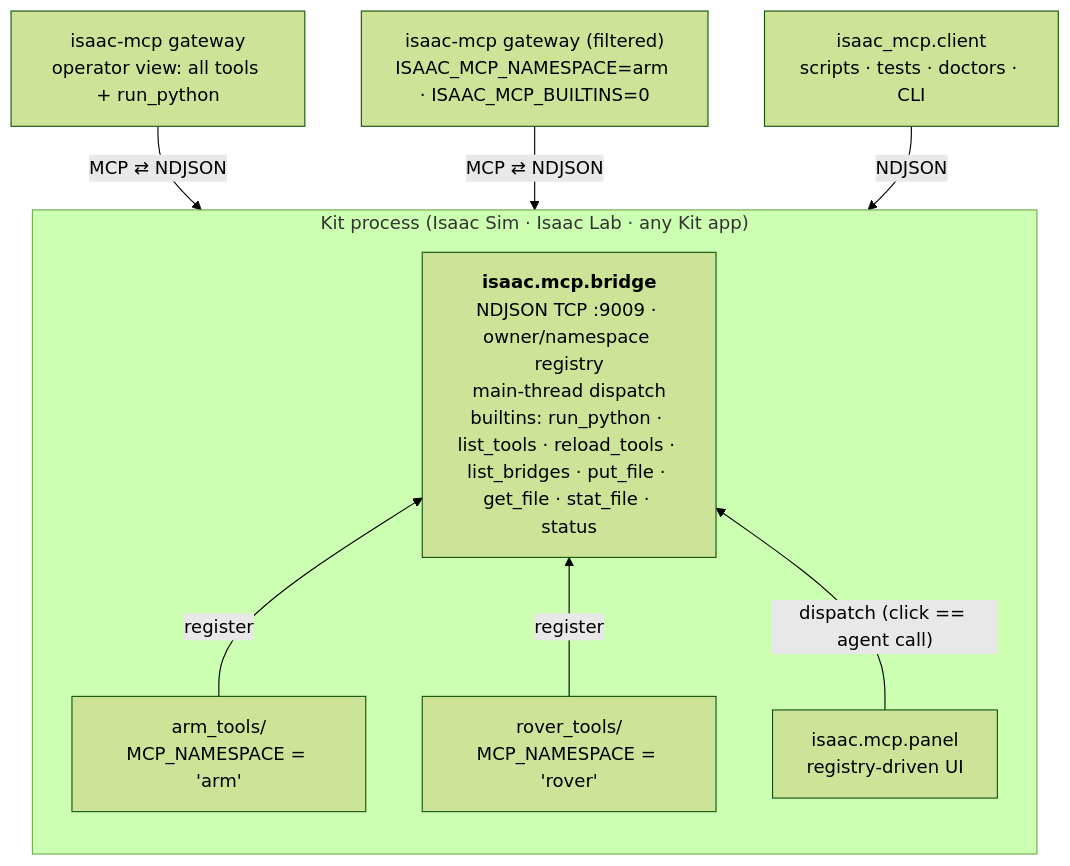
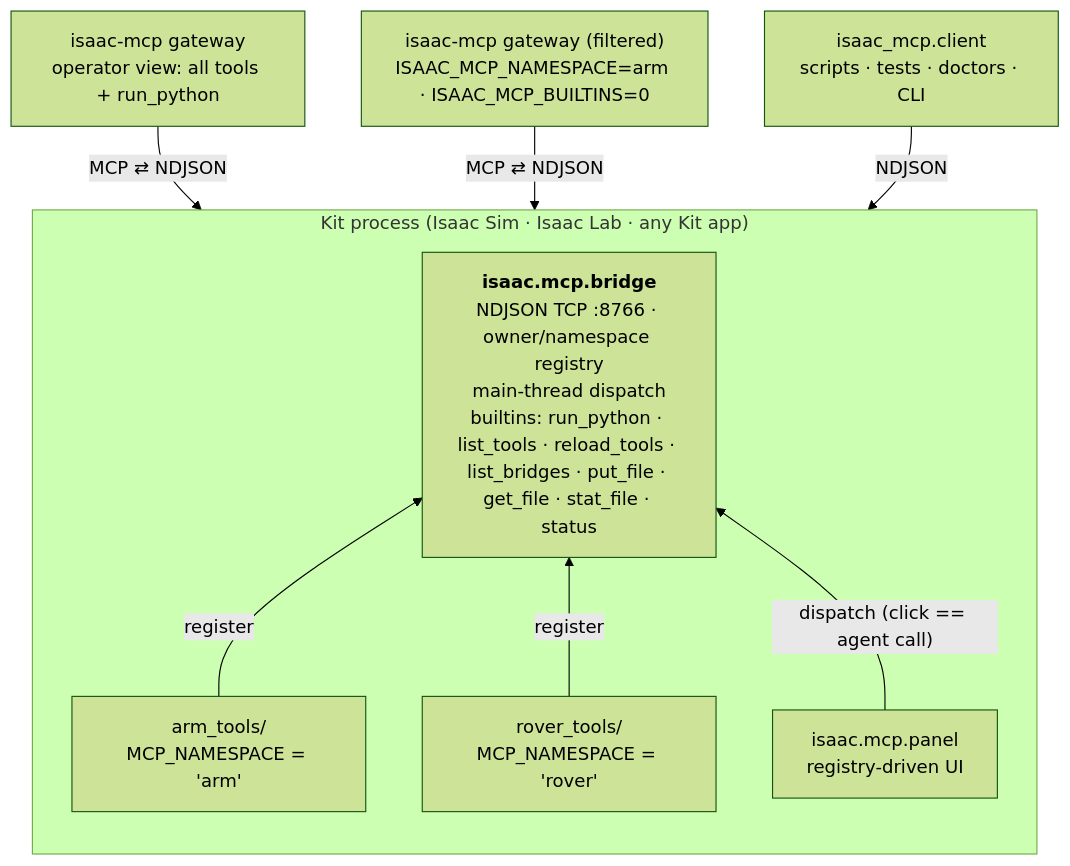
One commit to kalebcoleman/isaac-mcp changed the diagram in mcp/README.md. Above: the diagram before and after it, drawn with Mermaid (forest theme). The commit also changed other lines of this file and 10 other files, not shown here.

Commit message:
Port convention: installer/app bridge 9009->8766, Isaac Lab 9010->8767 (installer default, docs, examples); HANDOFF records 5080 results

````diff
--- a/mcp/README.md
+++ b/mcp/README.md
@@ -56,13 +56,13 @@
 ```mermaid
 flowchart TB
     subgraph kit["Kit process (Isaac Sim · Isaac Lab · any Kit app)"]
         direction BT
-        BRIDGE["<b>isaac.mcp.bridge</b><br/>NDJSON TCP :9009 · owner/namespace registry<br/>main-thread dispatch<br/>builtins: run_python · list_tools · reload_tools · list_bridges · put_file · get_file · stat_file · status"]
+        BRIDGE["<b>isaac.mcp.bridge</b><br/>NDJSON TCP :8766 · owner/namespace registry<br/>main-thread dispatch<br/>builtins: run_python · list_tools · reload_tools · list_bridges · put_file · get_file · stat_file · status"]
         ARM["arm_tools/<br/>MCP_NAMESPACE = 'arm'"] -->|register| BRIDGE
         ROVER["rover_tools/<br/>MCP_NAMESPACE = 'rover'"] -->|register| BRIDGE
         PANEL["isaac.mcp.panel<br/>registry-driven UI"] -->|"dispatch (click == agent call)"| BRIDGE
     end
     GW["isaac-mcp gateway<br/>operator view: all tools + run_python"] -->|MCP ⇄ NDJSON| BRIDGE
     GWF["isaac-mcp gateway (filtered)<br/>ISAAC_MCP_NAMESPACE=arm · ISAAC_MCP_BUILTINS=0"] -->|MCP ⇄ NDJSON| BRIDGE
     CLI["isaac_mcp.client<br/>scripts · tests · doctors · CLI"] -->|NDJSON| BRIDGE
 ```
````
